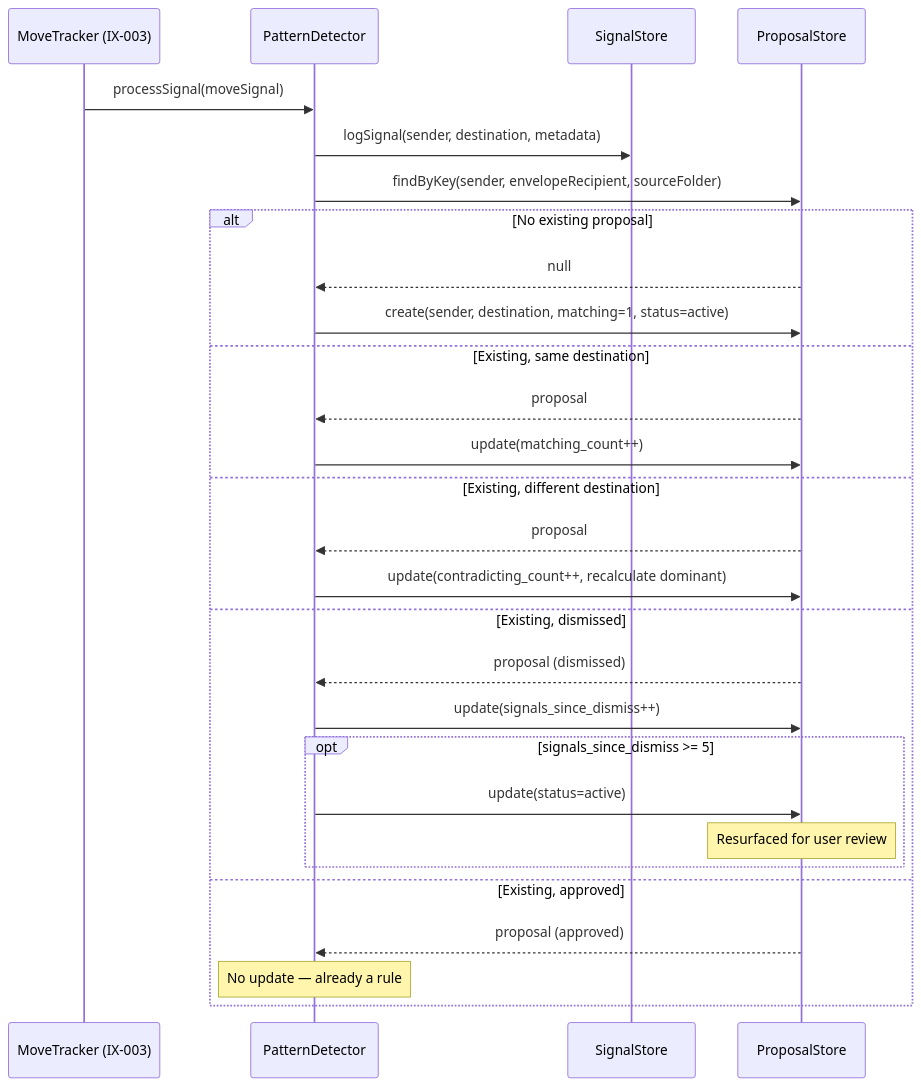
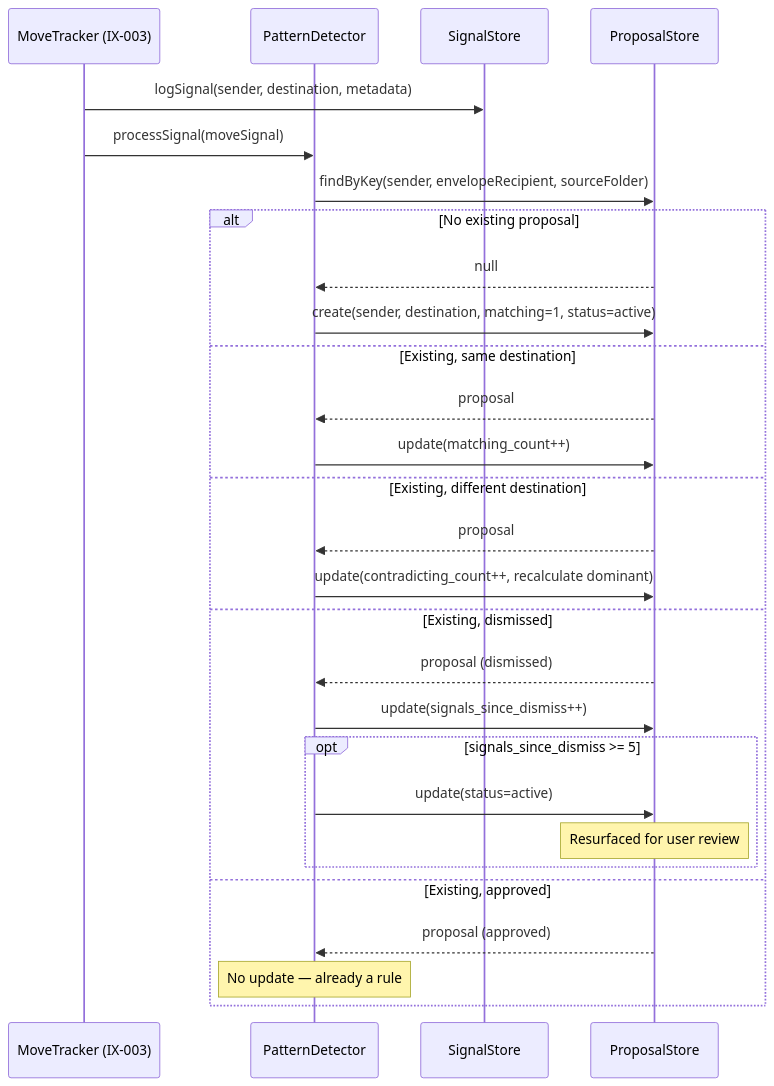
Before and after one commit to loneconspirator/mail-mgr: the diagram in specs/integrations/ix-004-signal-logging-and-proposal-creation.md, drawn with Mermaid. The commit also changed 6 other files, not shown here.

````diff
--- a/specs/integrations/ix-004-signal-logging-and-proposal-creation.md
+++ b/specs/integrations/ix-004-signal-logging-and-proposal-creation.md
@@ -30,33 +30,33 @@
 ```mermaid
 sequenceDiagram
     participant MT as MoveTracker (IX-003)
     participant PD as PatternDetector
     participant SS as SignalStore
     participant PS as ProposalStore
 
+    MT->>SS: logSignal(sender, destination, metadata)
     MT->>PD: processSignal(moveSignal)
-    PD->>SS: logSignal(sender, destination, metadata)
 
     PD->>PS: findByKey(sender, envelopeRecipient, sourceFolder)
 
     alt No existing proposal
         PS-->>PD: null
         PD->>PS: create(sender, destination, matching=1, status=active)
     else Existing, same destination
         PS-->>PD: proposal
         PD->>PS: update(matching_count++)
     else Existing, different destination
         PS-->>PD: proposal
         PD->>PS: update(contradicting_count++, recalculate dominant)
     else Existing, dismissed
         PS-->>PD: proposal (dismissed)
         PD->>PS: update(signals_since_dismiss++)
         opt signals_since_dismiss >= 5
             PD->>PS: update(status=active)
             Note over PS: Resurfaced for user review
         end
     else Existing, approved
         PS-->>PD: proposal (approved)
         Note over PD: No update — already a rule
     end
 ```
````
